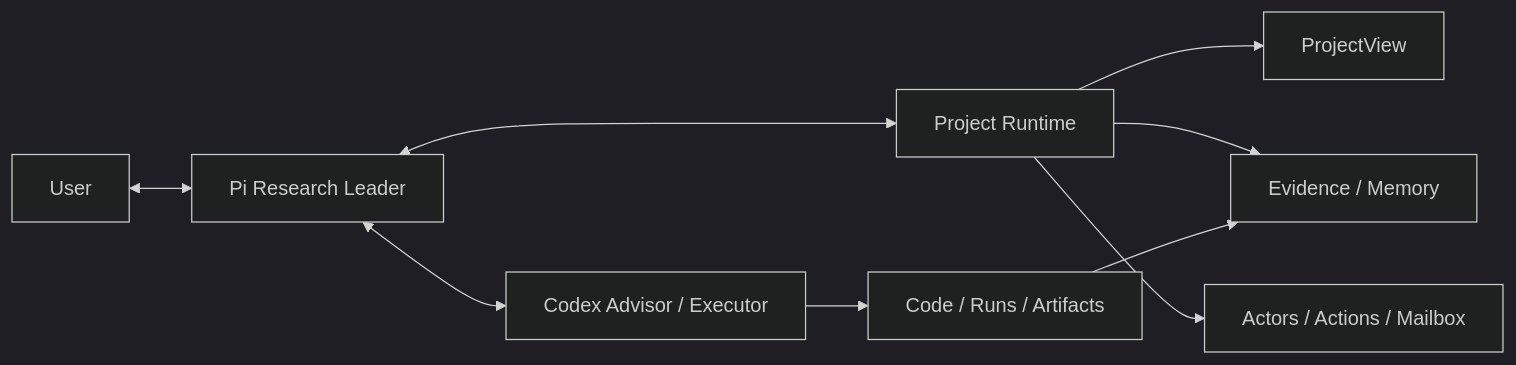
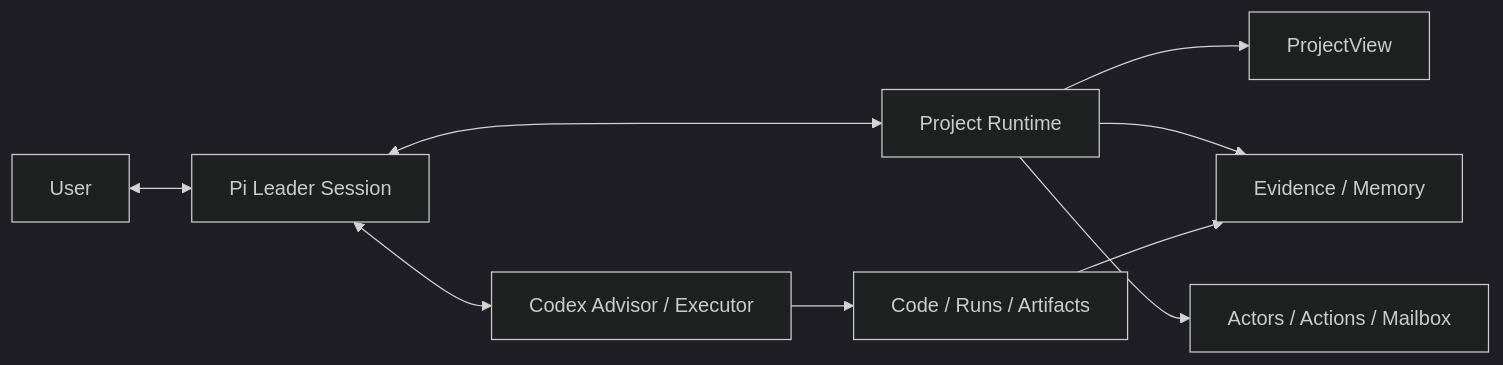
One commit to RosMarinas/Research-Pi changed the diagram in README.md. Above: the diagram before and after it, drawn with Mermaid (dark theme). The commit also changed other lines of this file and 21 other files, not shown here.

````diff
--- a/README.md
+++ b/README.md
@@ -19,11 +19,11 @@
 ```mermaid
 flowchart LR
-    U[User] <--> P[Pi Research Leader]
+    U[User] <--> P[Pi Leader Session]
     P <--> R[Project Runtime]
     R --> V[ProjectView]
     R --> E[Evidence / Memory]
     R --> M[Actors / Actions / Mailbox]
     P <--> C[Codex Advisor / Executor]
     C --> X[Code / Runs / Artifacts]
     X --> E
 ```
````
